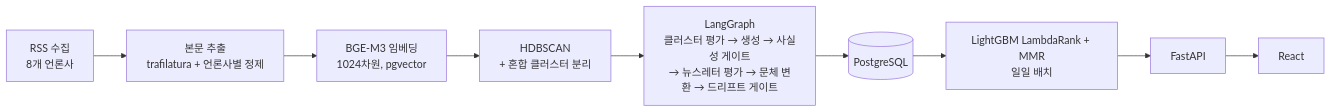
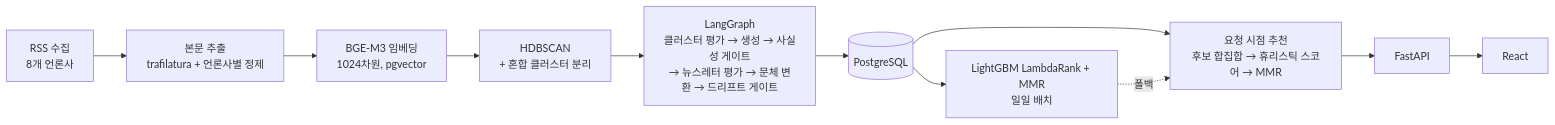
Before and after one commit to khj1212k/pro-recsys-finalproject-recsys-01: the diagram in README.md, drawn with Mermaid. The commit also changed other lines of this file and 2 other files, not shown here.

````diff
--- a/README.md
+++ b/README.md
@@ -15,10 +15,12 @@
 ```mermaid
 flowchart LR
     A[RSS 수집<br/>8개 언론사] --> B[본문 추출<br/>trafilatura + 언론사별 정제]
     B --> C[BGE-M3 임베딩<br/>1024차원, pgvector]
     C --> D[HDBSCAN<br/>+ 혼합 클러스터 분리]
     D --> E[LangGraph<br/>클러스터 평가 → 생성 → 사실성 게이트<br/>→ 뉴스레터 평가 → 문체 변환 → 드리프트 게이트]
     E --> F[(PostgreSQL)]
     F --> G[LightGBM LambdaRank + MMR<br/>일일 배치]
-    G --> H[FastAPI] --> I[React]
+    F --> R[요청 시점 추천<br/>후보 합집합 → 휴리스틱 스코어 → MMR]
+    G -. 폴백 .-> R
+    R --> H[FastAPI] --> I[React]
 ```
````
